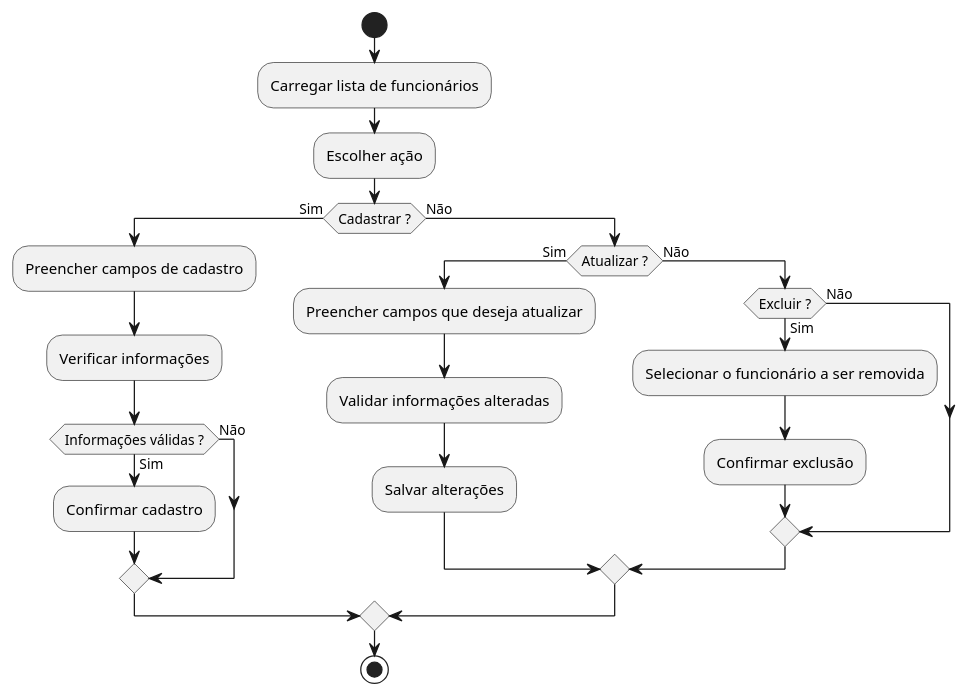
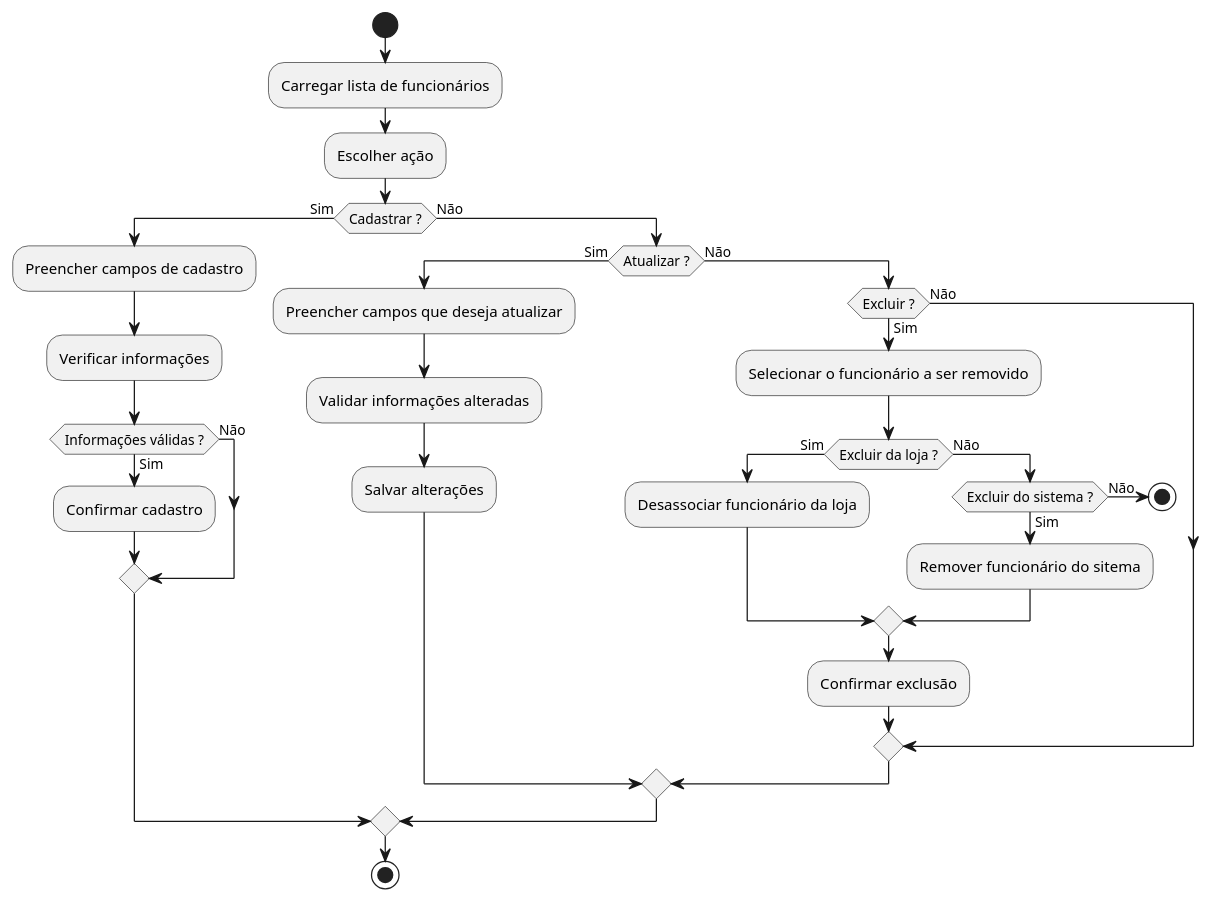
The diagram in activity/manter-usuarios.wsd (victoralvess/ineed-uml-diagrams), drawn with PlantUML before and after one commit. The commit also changed 2 other files, not shown here.

```diff
--- a/activity/manter-usuarios.wsd
+++ b/activity/manter-usuarios.wsd
@@ -1,26 +1,35 @@
 @startuml
 start
 :Carregar lista de funcionários;
 :Escolher ação;
 if (Cadastrar ?) then (Sim)
     :Preencher campos de cadastro;
     :Verificar informações;
     if (Informações válidas ?) then (Sim)
         :Confirmar cadastro;
     else (Não)
     endif
 else (Não)
     if (Atualizar ?) then (Sim)
         :Preencher campos que deseja atualizar;
         :Validar informações alteradas;
         :Salvar alterações;
     else (Não)
         if (Excluir ?) then (Sim)
-            :Selecionar o funcionário a ser removida;
+            :Selecionar o funcionário a ser removido;
+            if (Excluir da loja ?) then (Sim)
+                :Desassociar funcionário da loja;
+            else (Não)
+                if (Excluir do sistema ?) then (Sim)
+                    :Remover funcionário do sitema;
+                else (Não)
+                stop
+                endif
+            endif
             :Confirmar exclusão;
         else (Não)
         endif
     endif
 endif
 stop
 @enduml
```
